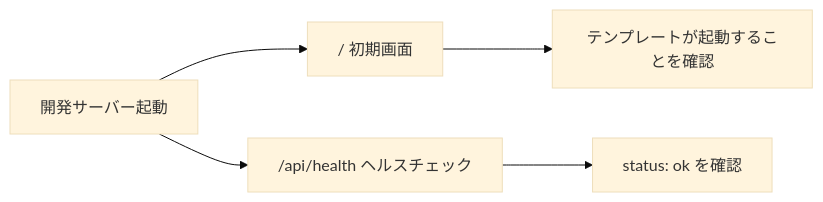
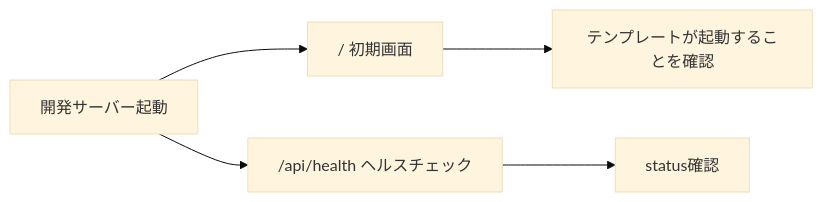
One commit to k-systems202208/nextjs-supabase-vercel-webapp-template changed the second of 8 diagrams in GETTING-STARTED.md. Above: the diagram before and after it, drawn with Mermaid (base theme). The commit also changed other lines of this file and 15 other files, not shown here.

````diff
--- a/GETTING-STARTED.md
+++ b/GETTING-STARTED.md
@@ -66,7 +67,7 @@
 ```mermaid
 flowchart LR
     A["開発サーバー起動"] --> B["/  初期画面"]
     A --> C["/api/health  ヘルスチェック"]
     B --> D["テンプレートが起動することを確認"]
-    C --> E["status: ok を確認"]
+    C --> E["status確認"]
 ```
````
